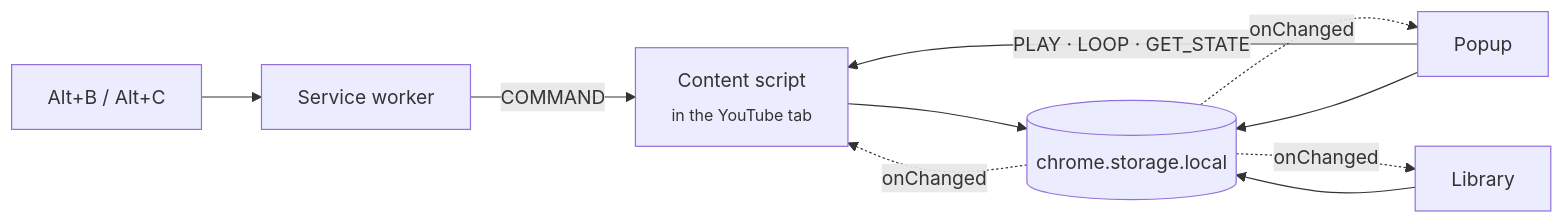
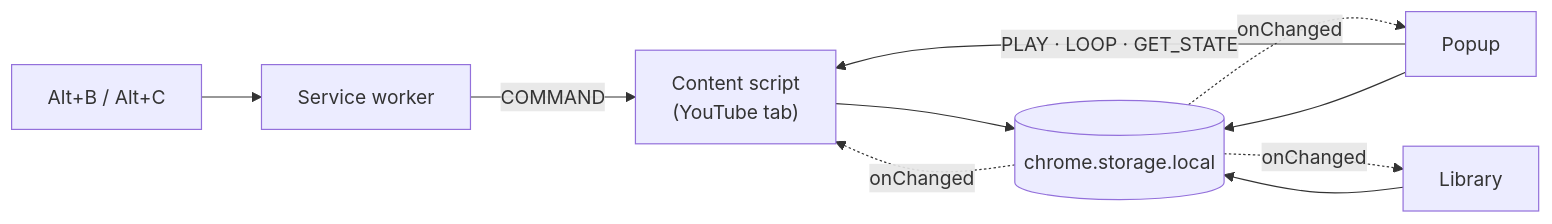
Before and after one commit to UzairJIqbal/youtube_bm: the diagram in README.md, drawn with Mermaid.

Commit message:
Fix clipped label in README diagram

````diff
--- a/README.md
+++ b/README.md
@@ -72,10 +72,10 @@
 ```mermaid
 flowchart LR
     K["Alt+B / Alt+C"] --> SW[Service worker]
-    SW -->|COMMAND| CS["Content script<br/><sub>in the YouTube tab</sub>"]
+    SW -->|COMMAND| CS["Content script<br/>(YouTube tab)"]
     POP[Popup] -->|"PLAY · LOOP · GET_STATE"| CS
     CS --> DB[("chrome.storage.local")]
     POP --> DB
     LIB[Library] --> DB
     DB -. onChanged .-> CS & POP & LIB
 ```
````
